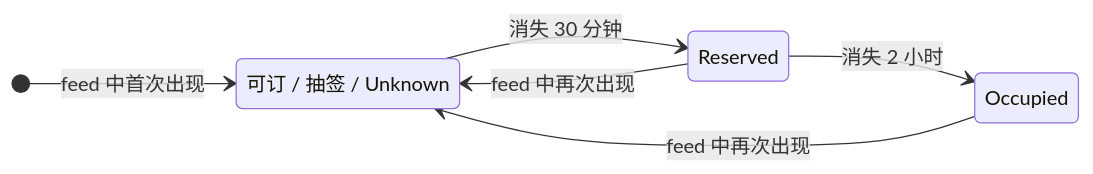
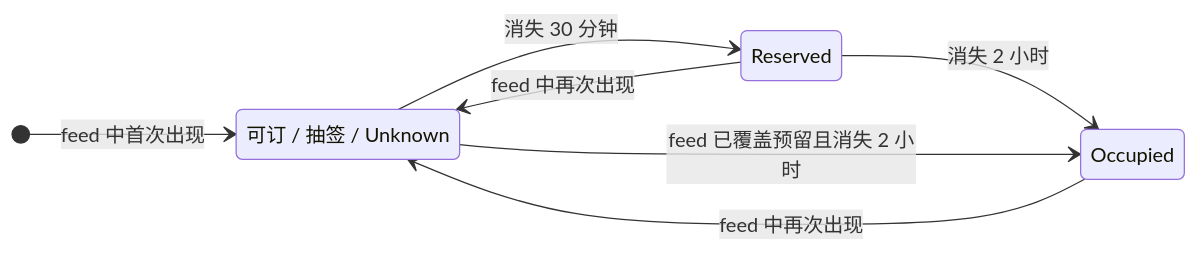
One commit to 751K/holland2stay-monitor changed the diagram in docs/README_cn.md. Above: the diagram before and after it, drawn with Mermaid. The commit also changed other lines of this file and 13 other files, not shown here.

````diff
--- a/docs/README_cn.md
+++ b/docs/README_cn.md
@@ -309,14 +310,15 @@
 ```mermaid
 stateDiagram-v2
     direction LR
 
     state "可订 / 抽签 / Unknown" as A
     state "Reserved" as R
     state "Occupied" as O
 
     [*] --> A: feed 中首次出现
     A --> R: 消失 30 分钟
     R --> O: 消失 2 小时
+    A --> O: feed 已覆盖预留且消失 2 小时
     R --> A: feed 中再次出现
     O --> A: feed 中再次出现
 ```
````
